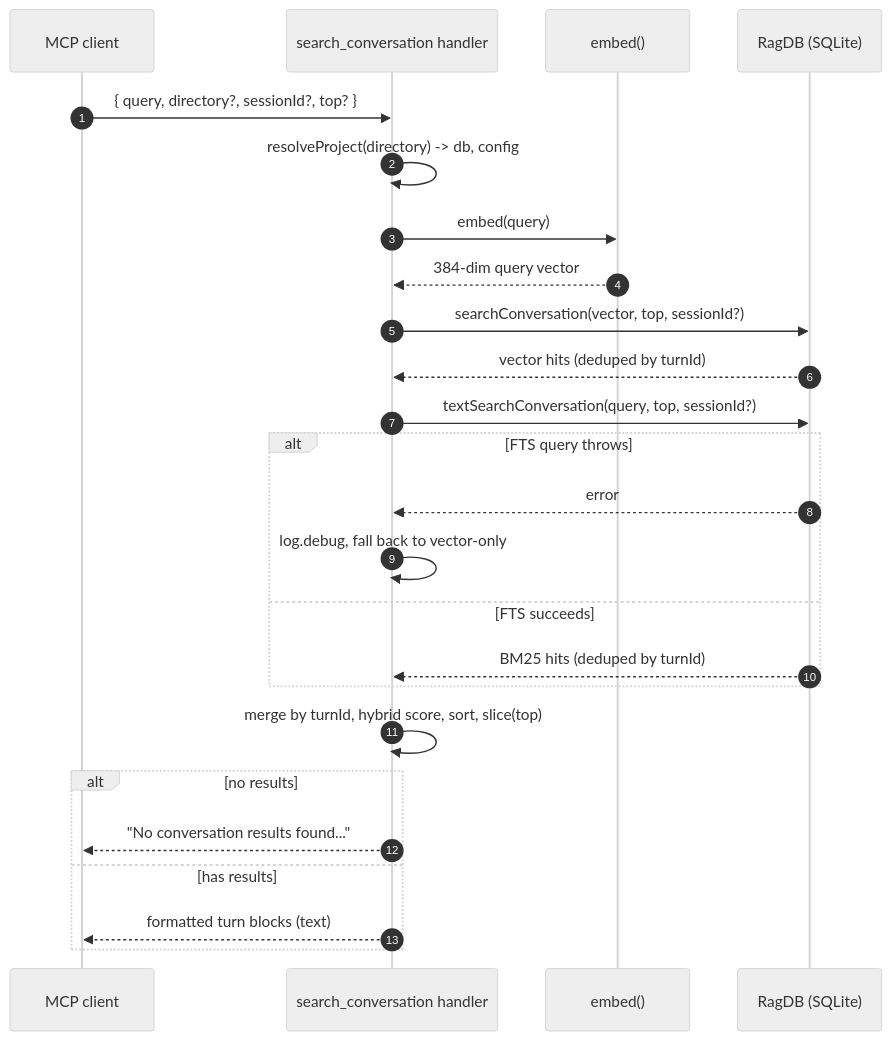
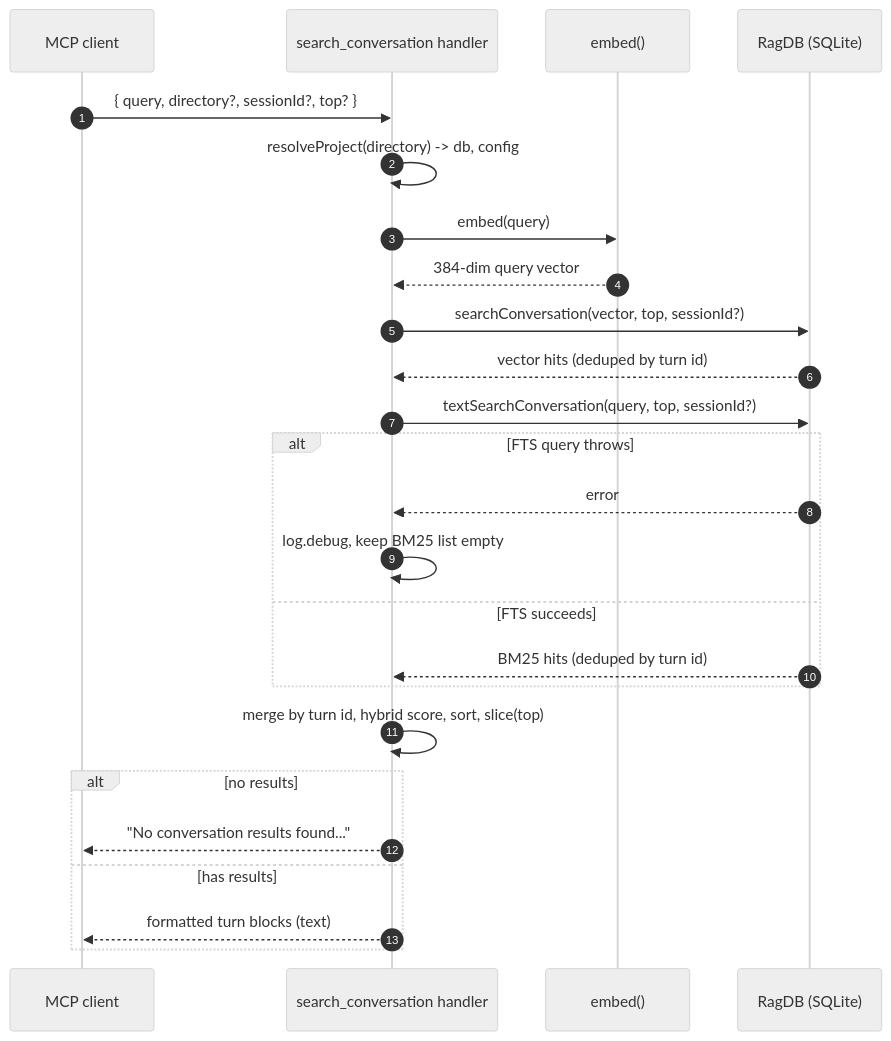
Before and after one commit to TheWinci/mimirs: the diagram in wiki/tools/search-conversation.md, drawn with Mermaid (neutral theme). The commit also changed other lines of this file and 55 other files, not shown here.

````diff
--- a/wiki/tools/search-conversation.md
+++ b/wiki/tools/search-conversation.md
@@ -26,28 +28,28 @@
 ```mermaid
 sequenceDiagram
     autonumber
     participant Agent as MCP client
     participant Tool as search_conversation handler
     participant Embed as embed()
     participant DB as RagDB (SQLite)
 
     Agent->>Tool: { query, directory?, sessionId?, top? }
     Tool->>Tool: resolveProject(directory) -> db, config
     Tool->>Embed: embed(query)
     Embed-->>Tool: 384-dim query vector
     Tool->>DB: searchConversation(vector, top, sessionId?)
-    DB-->>Tool: vector hits (deduped by turnId)
+    DB-->>Tool: vector hits (deduped by turn id)
     Tool->>DB: textSearchConversation(query, top, sessionId?)
     alt FTS query throws
         DB-->>Tool: error
-        Tool->>Tool: log.debug, fall back to vector-only
+        Tool->>Tool: log.debug, keep BM25 list empty
     else FTS succeeds
-        DB-->>Tool: BM25 hits (deduped by turnId)
+        DB-->>Tool: BM25 hits (deduped by turn id)
     end
-    Tool->>Tool: merge by turnId, hybrid score, sort, slice(top)
+    Tool->>Tool: merge by turn id, hybrid score, sort, slice(top)
     alt no results
         Tool-->>Agent: "No conversation results found..."
     else has results
         Tool-->>Agent: formatted turn blocks (text)
     end
 ```
````
